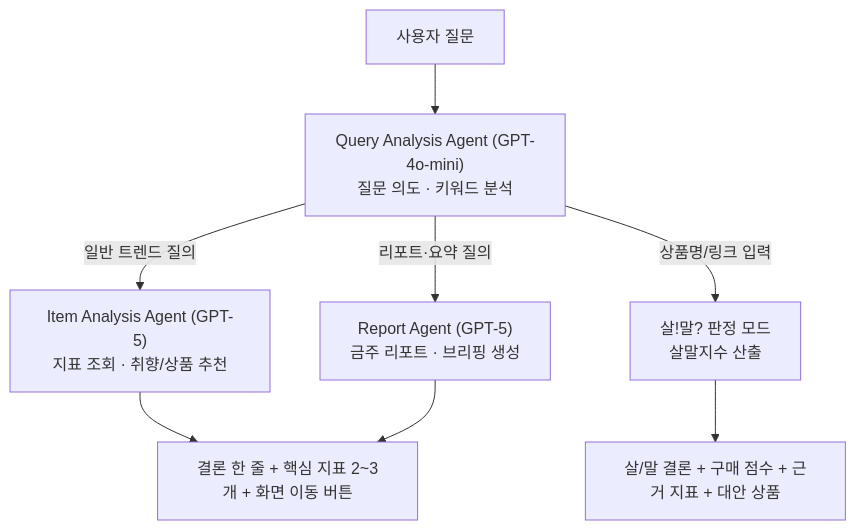
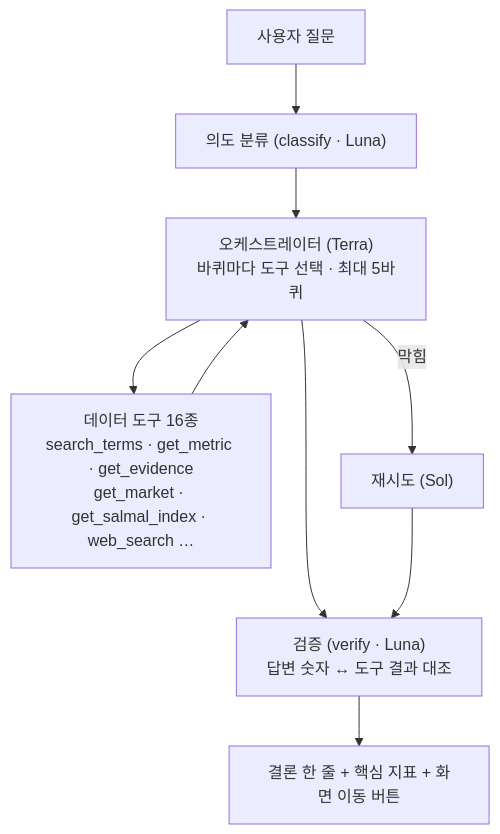
Before and after one commit to feedit-official/feedit: the second of 5 diagrams in README.md, drawn with Mermaid. The commit also changed other lines of this file, not shown here.

````diff
--- a/README.md
+++ b/README.md
@@ -167,10 +206,11 @@
 ```mermaid
 flowchart TD
-    U[사용자 질문] --> QA["Query Analysis Agent (GPT-4o-mini)<br/>질문 의도 · 키워드 분석"]
-    QA -->|일반 트렌드 질의| IA["Item Analysis Agent (GPT-5)<br/>지표 조회 · 취향/상품 추천"]
-    QA -->|리포트·요약 질의| RA["Report Agent (GPT-5)<br/>금주 리포트 · 브리핑 생성"]
-    QA -->|"상품명/링크 입력"| VOTE["살!말? 판정 모드<br/>살말지수 산출"]
-    IA --> OUT[결론 한 줄 + 핵심 지표 2~3개 + 화면 이동 버튼]
-    RA --> OUT
-    VOTE --> OUT2[살/말 결론 + 구매 점수 + 근거 지표 + 대안 상품]
+    U[사용자 질문] --> NLU["의도 분류 (classify · Luna)"]
+    NLU --> ORC["오케스트레이터 (Terra)<br/>바퀴마다 도구 선택 · 최대 5바퀴"]
+    ORC --> TOOL["데이터 도구 16종<br/>search_terms · get_metric · get_evidence<br/>get_market · get_salmal_index · web_search …"]
+    TOOL --> ORC
+    ORC --> VER["검증 (verify · Luna)<br/>답변 숫자 ↔ 도구 결과 대조"]
+    VER --> OUT[결론 한 줄 + 핵심 지표 + 화면 이동 버튼]
+    ORC -->|막힘| SOL["재시도 (Sol)"]
+    SOL --> VER
 ```
````
